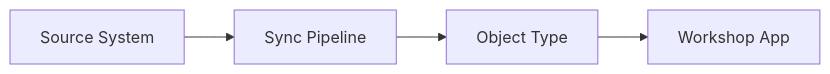
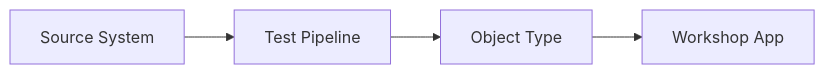
One commit to iriecoffelt/Foundry-Engagement-Kit changed the diagram in project/test-project-one/02-design/design-overview.md. Above: the diagram before and after it, drawn with Mermaid. The commit also changed 33 other files, not shown here.

````diff
--- a/project/test-project-one/02-design/design-overview.md
+++ b/project/test-project-one/02-design/design-overview.md
@@ -5,10 +5,10 @@
 ```mermaid
 flowchart LR
   src1[Source System]
-  pipe1[Sync Pipeline]
+  pipe1[Test Pipeline]
   obj1[Object Type]
   app1[Workshop App]
   src1 --> pipe1
   pipe1 --> obj1
   obj1 --> app1
 ```
````
